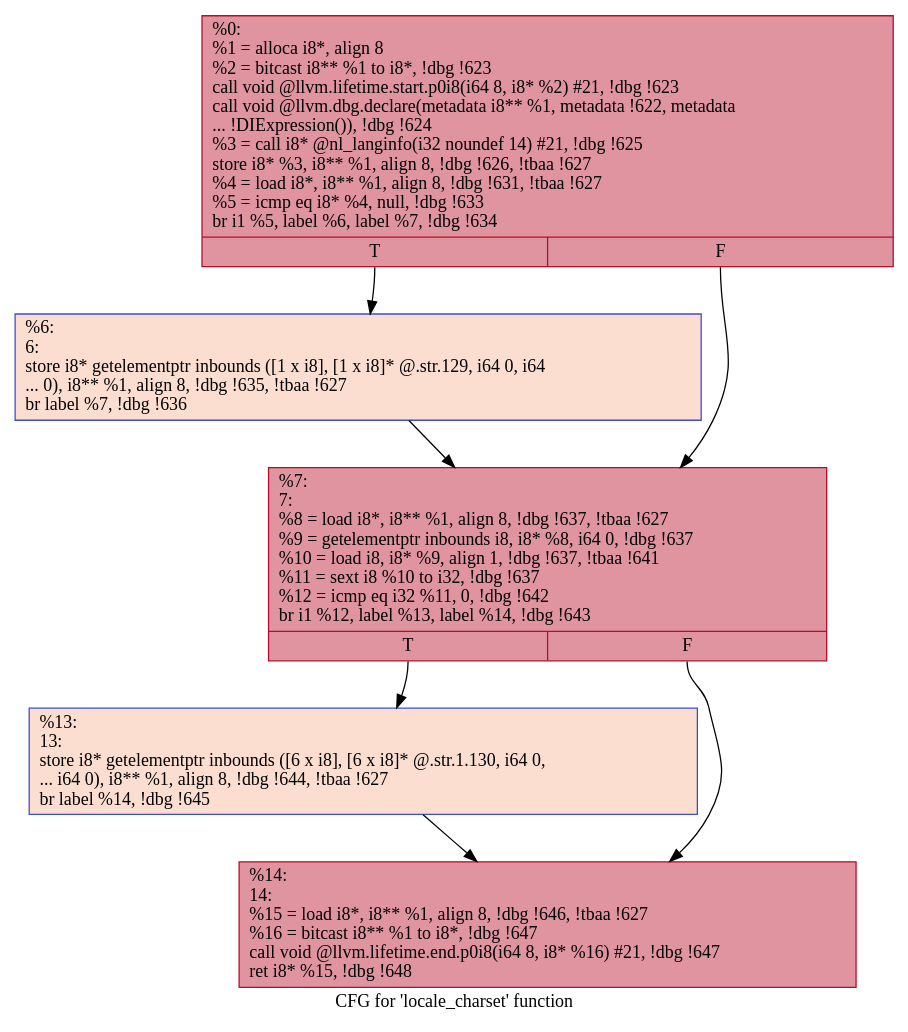
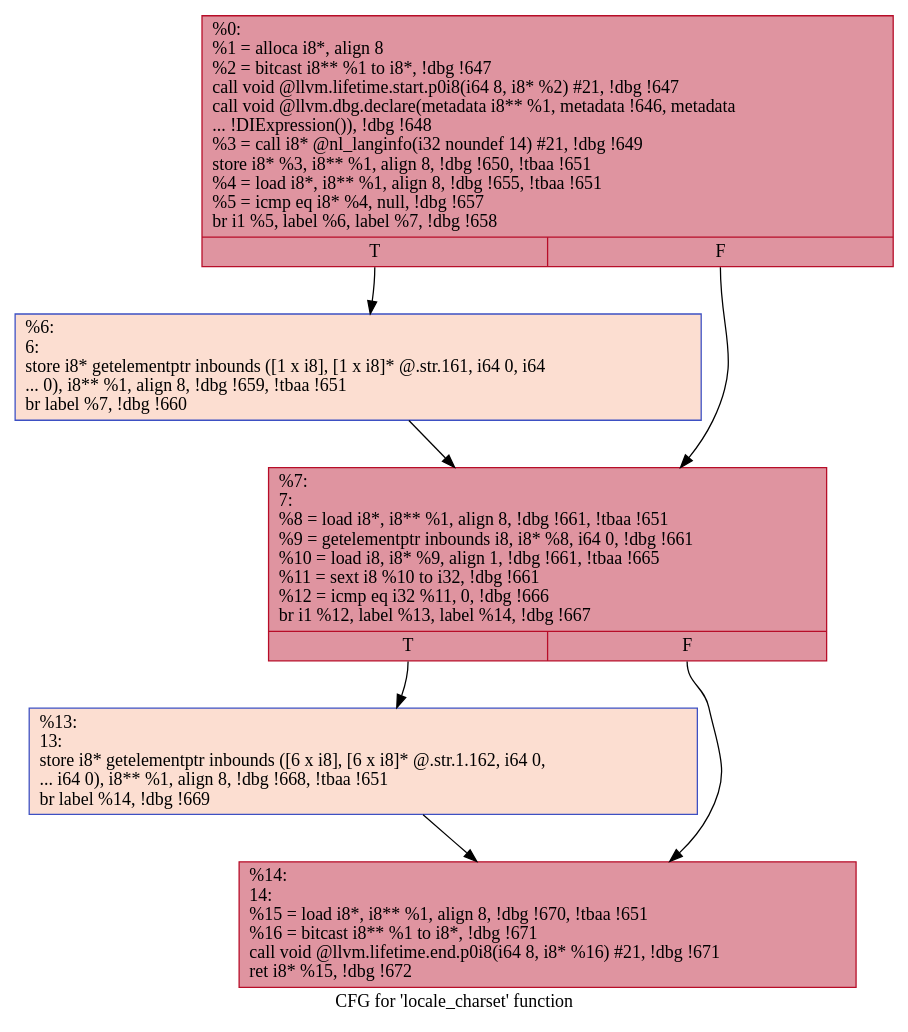
Before and after one commit to hmc-alpaqa/metrinome: the diagram in src/experiments/coreutils/.locale_charset.dot, drawn with Graphviz. The commit also changed 118 other files, not shown here.

```diff
--- a/src/experiments/coreutils/.locale_charset.dot
+++ b/src/experiments/coreutils/.locale_charset.dot
@@ -1,15 +1,15 @@
 digraph "CFG for 'locale_charset' function" {
 	label="CFG for 'locale_charset' function";
 
-	Node0x1d103d0 [shape=record,color="#b70d28ff", style=filled, fillcolor="#b70d2870",label="{%0:\l  %1 = alloca i8*, align 8\l  %2 = bitcast i8** %1 to i8*, !dbg !623\l  call void @llvm.lifetime.start.p0i8(i64 8, i8* %2) #21, !dbg !623\l  call void @llvm.dbg.declare(metadata i8** %1, metadata !622, metadata\l... !DIExpression()), !dbg !624\l  %3 = call i8* @nl_langinfo(i32 noundef 14) #21, !dbg !625\l  store i8* %3, i8** %1, align 8, !dbg !626, !tbaa !627\l  %4 = load i8*, i8** %1, align 8, !dbg !631, !tbaa !627\l  %5 = icmp eq i8* %4, null, !dbg !633\l  br i1 %5, label %6, label %7, !dbg !634\l|{<s0>T|<s1>F}}"];
-	Node0x1d103d0:s0 -> Node0x1d13f40;
-	Node0x1d103d0:s1 -> Node0x1d13fc0;
-	Node0x1d13f40 [shape=record,color="#3d50c3ff", style=filled, fillcolor="#f7b39670",label="{%6:\l6:                                                \l  store i8* getelementptr inbounds ([1 x i8], [1 x i8]* @.str.129, i64 0, i64\l... 0), i8** %1, align 8, !dbg !635, !tbaa !627\l  br label %7, !dbg !636\l}"];
-	Node0x1d13f40 -> Node0x1d13fc0;
-	Node0x1d13fc0 [shape=record,color="#b70d28ff", style=filled, fillcolor="#b70d2870",label="{%7:\l7:                                                \l  %8 = load i8*, i8** %1, align 8, !dbg !637, !tbaa !627\l  %9 = getelementptr inbounds i8, i8* %8, i64 0, !dbg !637\l  %10 = load i8, i8* %9, align 1, !dbg !637, !tbaa !641\l  %11 = sext i8 %10 to i32, !dbg !637\l  %12 = icmp eq i32 %11, 0, !dbg !642\l  br i1 %12, label %13, label %14, !dbg !643\l|{<s0>T|<s1>F}}"];
-	Node0x1d13fc0:s0 -> Node0x1d14010;
-	Node0x1d13fc0:s1 -> Node0x1d14060;
-	Node0x1d14010 [shape=record,color="#3d50c3ff", style=filled, fillcolor="#f7b39670",label="{%13:\l13:                                               \l  store i8* getelementptr inbounds ([6 x i8], [6 x i8]* @.str.1.130, i64 0,\l... i64 0), i8** %1, align 8, !dbg !644, !tbaa !627\l  br label %14, !dbg !645\l}"];
-	Node0x1d14010 -> Node0x1d14060;
-	Node0x1d14060 [shape=record,color="#b70d28ff", style=filled, fillcolor="#b70d2870",label="{%14:\l14:                                               \l  %15 = load i8*, i8** %1, align 8, !dbg !646, !tbaa !627\l  %16 = bitcast i8** %1 to i8*, !dbg !647\l  call void @llvm.lifetime.end.p0i8(i64 8, i8* %16) #21, !dbg !647\l  ret i8* %15, !dbg !648\l}"];
+	Node0x2663f10 [shape=record,color="#b70d28ff", style=filled, fillcolor="#b70d2870",label="{%0:\l  %1 = alloca i8*, align 8\l  %2 = bitcast i8** %1 to i8*, !dbg !647\l  call void @llvm.lifetime.start.p0i8(i64 8, i8* %2) #21, !dbg !647\l  call void @llvm.dbg.declare(metadata i8** %1, metadata !646, metadata\l... !DIExpression()), !dbg !648\l  %3 = call i8* @nl_langinfo(i32 noundef 14) #21, !dbg !649\l  store i8* %3, i8** %1, align 8, !dbg !650, !tbaa !651\l  %4 = load i8*, i8** %1, align 8, !dbg !655, !tbaa !651\l  %5 = icmp eq i8* %4, null, !dbg !657\l  br i1 %5, label %6, label %7, !dbg !658\l|{<s0>T|<s1>F}}"];
+	Node0x2663f10:s0 -> Node0x2667a80;
+	Node0x2663f10:s1 -> Node0x2667b00;
+	Node0x2667a80 [shape=record,color="#3d50c3ff", style=filled, fillcolor="#f7b39670",label="{%6:\l6:                                                \l  store i8* getelementptr inbounds ([1 x i8], [1 x i8]* @.str.161, i64 0, i64\l... 0), i8** %1, align 8, !dbg !659, !tbaa !651\l  br label %7, !dbg !660\l}"];
+	Node0x2667a80 -> Node0x2667b00;
+	Node0x2667b00 [shape=record,color="#b70d28ff", style=filled, fillcolor="#b70d2870",label="{%7:\l7:                                                \l  %8 = load i8*, i8** %1, align 8, !dbg !661, !tbaa !651\l  %9 = getelementptr inbounds i8, i8* %8, i64 0, !dbg !661\l  %10 = load i8, i8* %9, align 1, !dbg !661, !tbaa !665\l  %11 = sext i8 %10 to i32, !dbg !661\l  %12 = icmp eq i32 %11, 0, !dbg !666\l  br i1 %12, label %13, label %14, !dbg !667\l|{<s0>T|<s1>F}}"];
+	Node0x2667b00:s0 -> Node0x2667b50;
+	Node0x2667b00:s1 -> Node0x2667ba0;
+	Node0x2667b50 [shape=record,color="#3d50c3ff", style=filled, fillcolor="#f7b39670",label="{%13:\l13:                                               \l  store i8* getelementptr inbounds ([6 x i8], [6 x i8]* @.str.1.162, i64 0,\l... i64 0), i8** %1, align 8, !dbg !668, !tbaa !651\l  br label %14, !dbg !669\l}"];
+	Node0x2667b50 -> Node0x2667ba0;
+	Node0x2667ba0 [shape=record,color="#b70d28ff", style=filled, fillcolor="#b70d2870",label="{%14:\l14:                                               \l  %15 = load i8*, i8** %1, align 8, !dbg !670, !tbaa !651\l  %16 = bitcast i8** %1 to i8*, !dbg !671\l  call void @llvm.lifetime.end.p0i8(i64 8, i8* %16) #21, !dbg !671\l  ret i8* %15, !dbg !672\l}"];
 }
```
